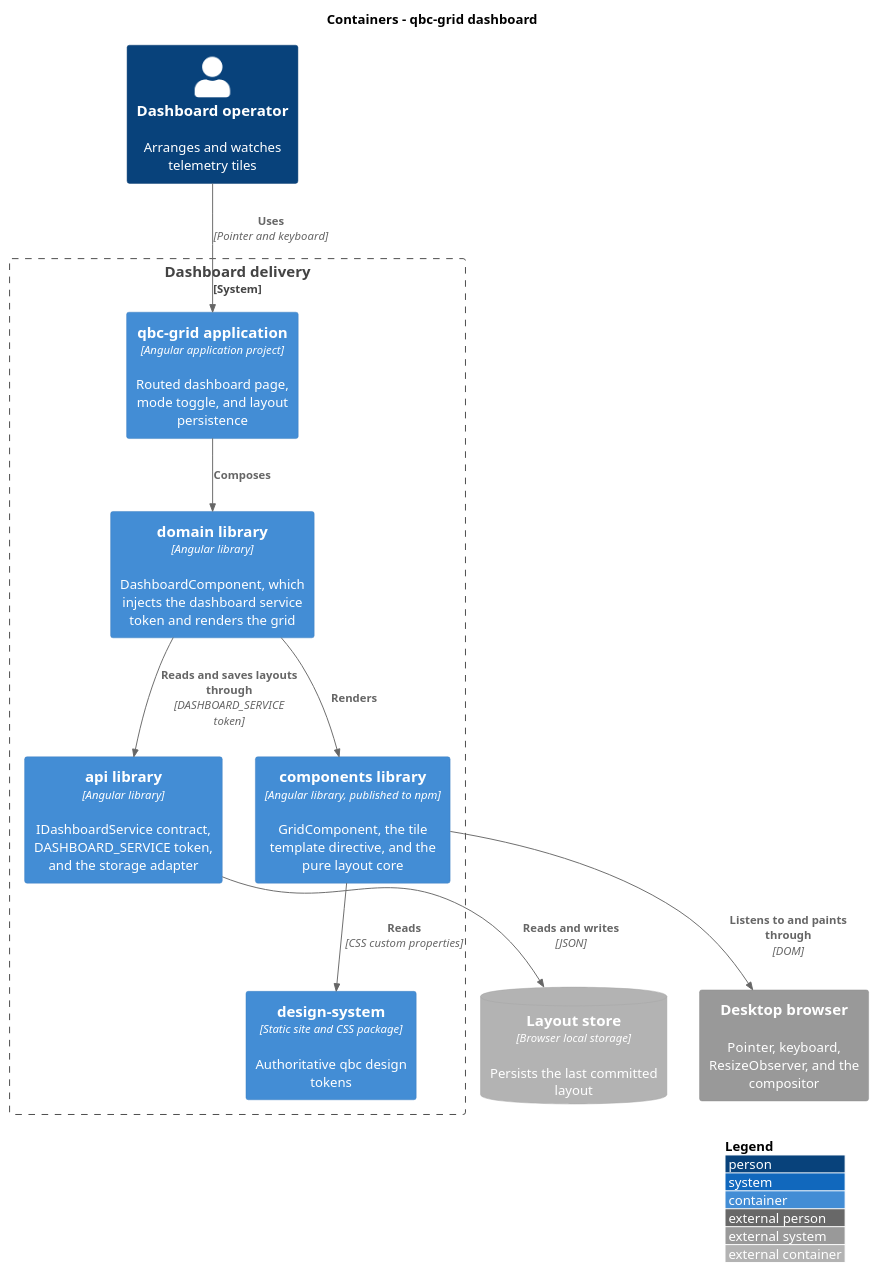
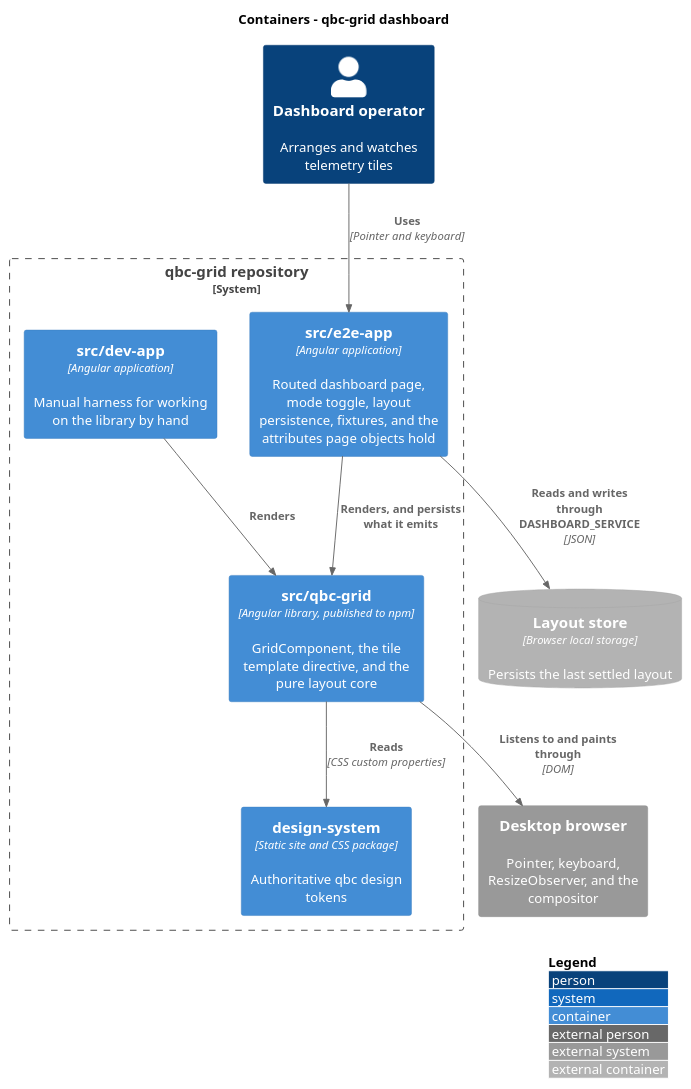
Before and after one commit to QuinntyneBrown/qbc-grid: the diagram in docs/detailed-designs/diagrams/c4-container.puml, drawn with PlantUML. The commit also changed 84 other files, not shown here.

```diff
--- a/docs/detailed-designs/diagrams/c4-container.puml
+++ b/docs/detailed-designs/diagrams/c4-container.puml
@@ -1,26 +1,24 @@
 @startuml
 !include <C4/C4_Container>
 LAYOUT_WITH_LEGEND()
 title Containers - qbc-grid dashboard
 
 Person(operator, "Dashboard operator", "Arranges and watches telemetry tiles")
 
-System_Boundary(system, "Dashboard delivery") {
-  Container(app, "qbc-grid application", "Angular application project", "Routed dashboard page, mode toggle, and layout persistence")
-  Container(domain, "domain library", "Angular library", "DashboardComponent, which injects the dashboard service token and renders the grid")
-  Container(api, "api library", "Angular library", "IDashboardService contract, DASHBOARD_SERVICE token, and the storage adapter")
-  Container(components, "components library", "Angular library, published to npm", "GridComponent, the tile template directive, and the pure layout core")
+System_Boundary(system, "qbc-grid repository") {
+  Container(lib, "src/qbc-grid", "Angular library, published to npm", "GridComponent, the tile template directive, and the pure layout core")
+  Container(e2eapp, "src/e2e-app", "Angular application", "Routed dashboard page, mode toggle, layout persistence, fixtures, and the attributes page objects hold")
+  Container(devapp, "src/dev-app", "Angular application", "Manual harness for working on the library by hand")
   Container(tokens, "design-system", "Static site and CSS package", "Authoritative qbc design tokens")
 }
 
 System_Ext(browser, "Desktop browser", "Pointer, keyboard, ResizeObserver, and the compositor")
-ContainerDb_Ext(store, "Layout store", "Browser local storage", "Persists the last committed layout")
+ContainerDb_Ext(store, "Layout store", "Browser local storage", "Persists the last settled layout")
 
-Rel(operator, app, "Uses", "Pointer and keyboard")
-Rel(app, domain, "Composes")
-Rel(domain, api, "Reads and saves layouts through", "DASHBOARD_SERVICE token")
-Rel(domain, components, "Renders")
-Rel(api, store, "Reads and writes", "JSON")
-Rel(components, tokens, "Reads", "CSS custom properties")
-Rel(components, browser, "Listens to and paints through", "DOM")
+Rel(operator, e2eapp, "Uses", "Pointer and keyboard")
+Rel(e2eapp, lib, "Renders, and persists what it emits")
+Rel(devapp, lib, "Renders")
+Rel(e2eapp, store, "Reads and writes through DASHBOARD_SERVICE", "JSON")
+Rel(lib, tokens, "Reads", "CSS custom properties")
+Rel(lib, browser, "Listens to and paints through", "DOM")
 @enduml
```
